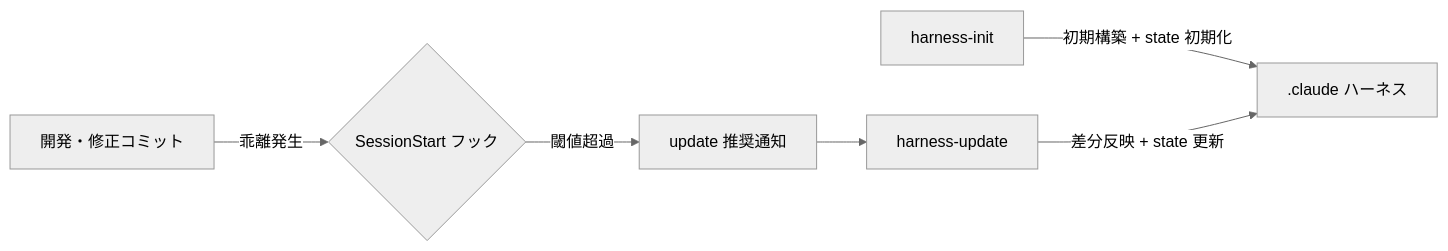
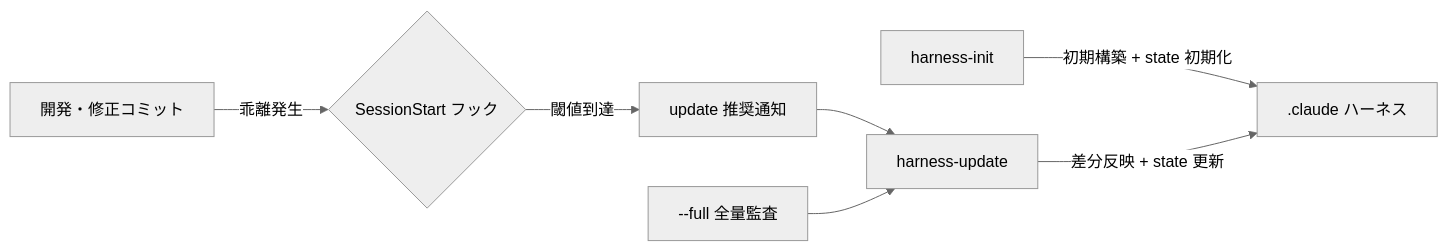
One commit to dmajima/claude-plugins changed the diagram in plugins/project-harness/references/sync-spec.md. Above: the diagram before and after it, drawn with Mermaid (neutral theme). The commit also changed other lines of this file and 51 other files, not shown here.

````diff
--- a/plugins/project-harness/references/sync-spec.md
+++ b/plugins/project-harness/references/sync-spec.md
@@ -67,8 +114,9 @@
 ```mermaid
 flowchart LR
     A[harness-init] -->|初期構築 + state 初期化| B[.claude ハーネス]
     C[開発・修正コミット] -->|乖離発生| D{SessionStart フック}
-    D -->|閾値超過| E[update 推奨通知]
+    D -->|閾値到達| E[update 推奨通知]
     E --> F[harness-update]
     F -->|差分反映 + state 更新| B
+    G[--full 全量監査] --> F
 ```
````
